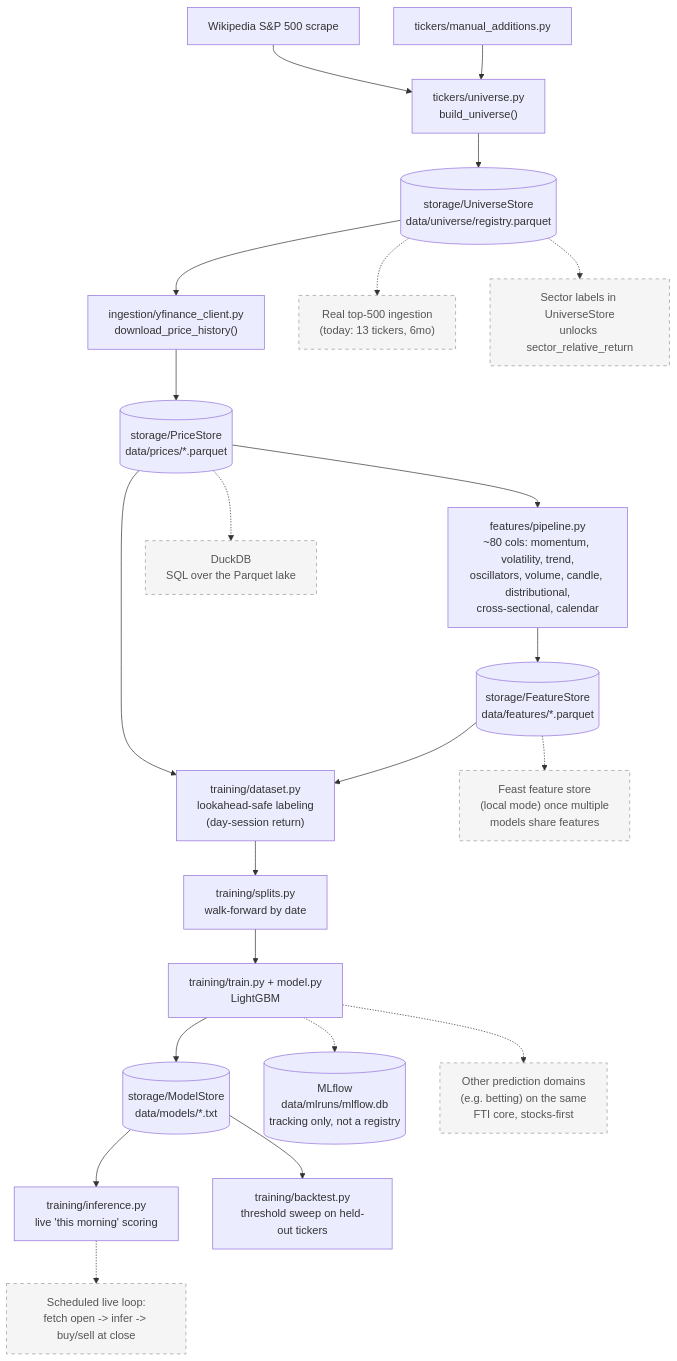
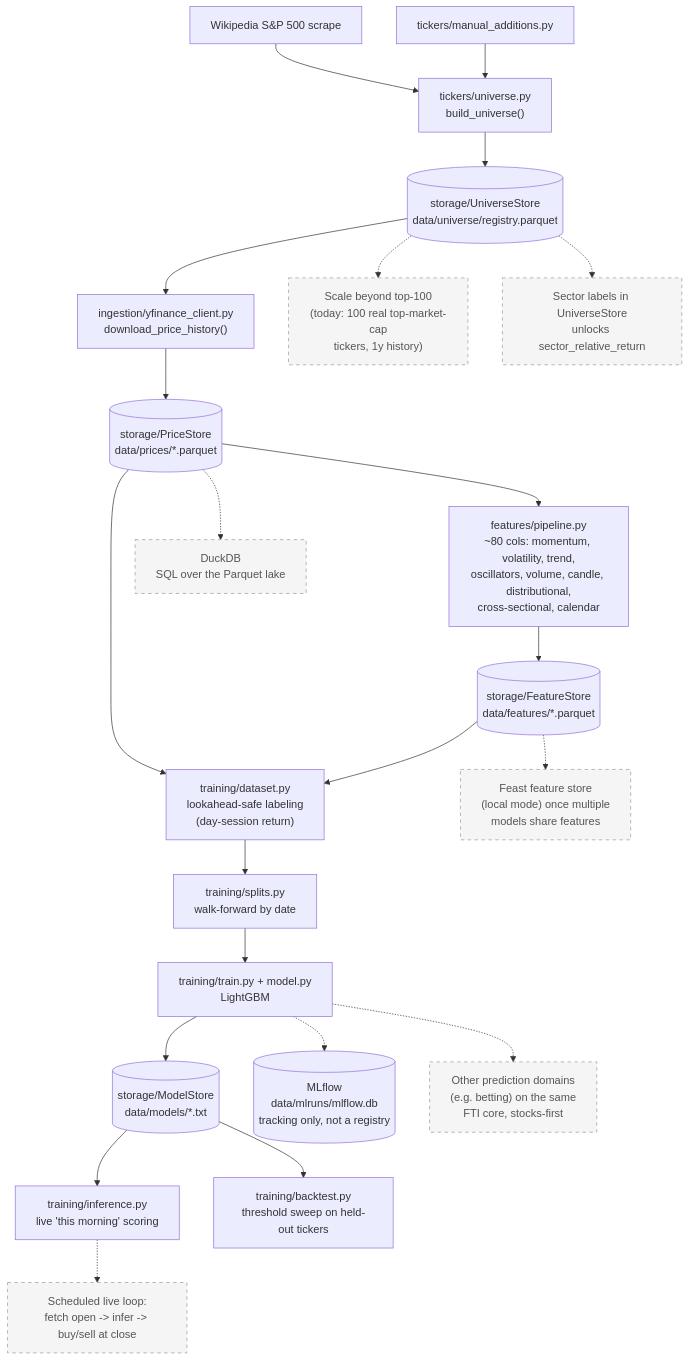
Before and after one commit to fartzy/stock-picker: the diagram in README.md, drawn with Mermaid. The commit also changed other lines of this file and 10 other files, not shown here.

First line of the commit message:
Scale to real top-100-by-market-cap universe, 1 year of history

````diff
--- a/README.md
+++ b/README.md
@@ -11,53 +11,53 @@
 ```mermaid
 flowchart TB
     WIKI["Wikipedia S&amp;P 500 scrape"]
     MANUAL["tickers/manual_additions.py"]
     BUILDUNIV["tickers/universe.py<br/>build_universe()"]
     YF["ingestion/yfinance_client.py<br/>download_price_history()"]
 
     US[("storage/UniverseStore<br/>data/universe/registry.parquet")]
     PS[("storage/PriceStore<br/>data/prices/*.parquet")]
     FS[("storage/FeatureStore<br/>data/features/*.parquet")]
     MS[("storage/ModelStore<br/>data/models/*.txt")]
 
     FEATPIPE["features/pipeline.py<br/>~80 cols: momentum, volatility, trend,<br/>oscillators, volume, candle, distributional,<br/>cross-sectional, calendar"]
 
     DATASET["training/dataset.py<br/>lookahead-safe labeling<br/>(day-session return)"]
     SPLITS["training/splits.py<br/>walk-forward by date"]
     TRAIN["training/train.py + model.py<br/>LightGBM"]
     INFER["training/inference.py<br/>live 'this morning' scoring"]
     BACKTEST["training/backtest.py<br/>threshold sweep on held-out tickers"]
     MLFLOW[("MLflow<br/>data/mlruns/mlflow.db<br/>tracking only, not a registry")]
 
     WIKI --> BUILDUNIV
     MANUAL --> BUILDUNIV
     BUILDUNIV --> US
     US --> YF
     YF --> PS
     PS --> FEATPIPE
     FEATPIPE --> FS
     PS --> DATASET
     FS --> DATASET
     DATASET --> SPLITS --> TRAIN
     TRAIN --> MS
     TRAIN -.-> MLFLOW
     MS --> INFER
     MS --> BACKTEST
 
-    TOP500["Real top-500 ingestion<br/>(today: 13 tickers, 6mo)"]
+    TOP500["Scale beyond top-100<br/>(today: 100 real top-market-cap<br/>tickers, 1y history)"]
     SECTOR["Sector labels in UniverseStore<br/>unlocks sector_relative_return"]
     FEAST["Feast feature store<br/>(local mode) once multiple<br/>models share features"]
     DUCKDB["DuckDB<br/>SQL over the Parquet lake"]
     LIVE["Scheduled live loop:<br/>fetch open -> infer -> buy/sell at close"]
     MULTI["Other prediction domains<br/>(e.g. betting) on the same<br/>FTI core, stocks-first"]
 
     US -.-> TOP500
     US -.-> SECTOR
     FS -.-> FEAST
     PS -.-> DUCKDB
     INFER -.-> LIVE
     TRAIN -.-> MULTI
 
     classDef planned stroke-dasharray: 5 5,fill:#f5f5f5,stroke:#999,color:#555;
     class TOP500,SECTOR,FEAST,DUCKDB,LIVE,MULTI planned;
 ```
````
